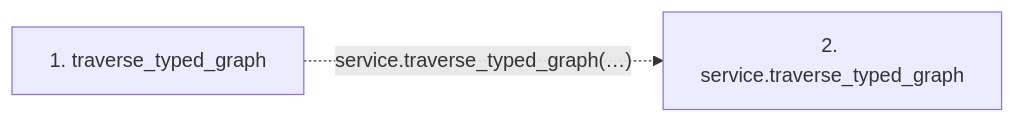
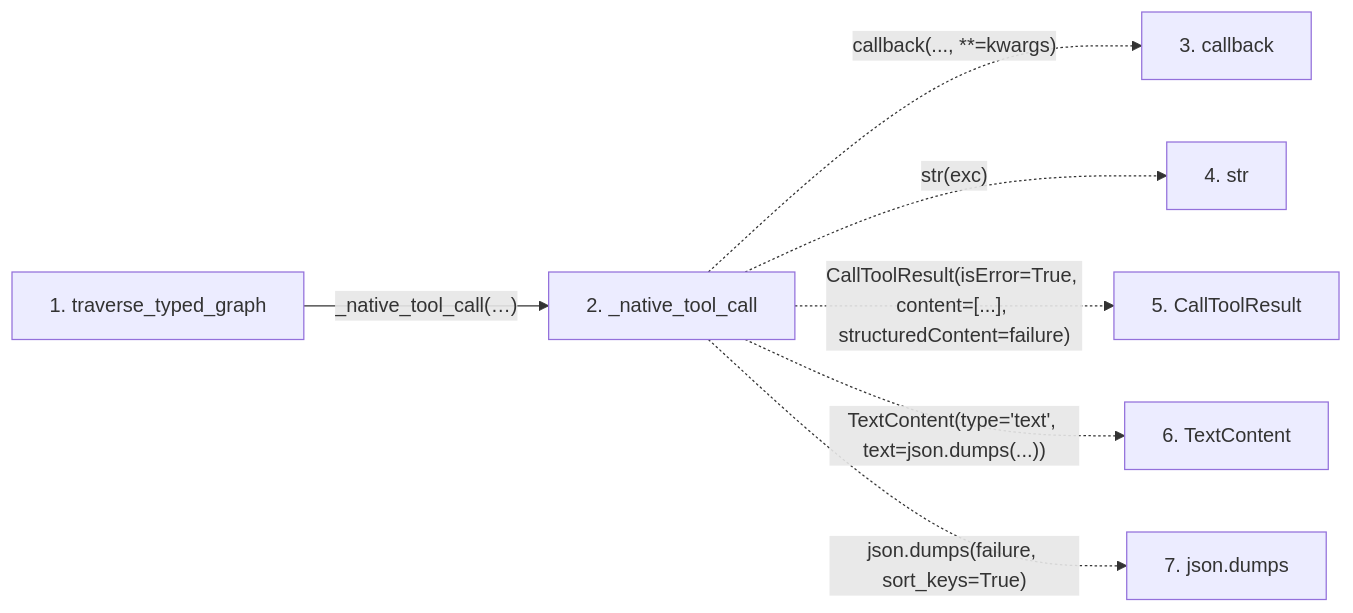
Before and after one commit to Denissvgn/python-wiki-llm: the second of 2 diagrams in docs/llm_wiki/flows/mcp-traverse_typed_graph.md, drawn with Mermaid. The commit also changed other lines of this file and 398 other files, not shown here.

````diff
--- a/docs/llm_wiki/flows/mcp-traverse_typed_graph.md
+++ b/docs/llm_wiki/flows/mcp-traverse_typed_graph.md
@@ -20,7 +30,18 @@
 ```mermaid
 flowchart LR
     s1["1. traverse_typed_graph"]
-    s2["2. service.traverse_typed_graph"]
-    s1 -. "service.traverse_typed_graph(…)" .-> s2
+    s2["2. _native_tool_call"]
+    s3["3. callback"]
+    s4["4. str"]
+    s5["5. CallToolResult"]
+    s6["6. TextContent"]
+    s7["7. json.dumps"]
+    s1 -->|"_native_tool_call(…)"| s2
+    s2 -. "callback(..., **=kwargs)" .-> s3
+    s2 -. "str(exc)" .-> s4
+    s2 -. "CallToolResult(isError=True, content=[...], structuredContent=failure)" .-> s5
+    s2 -. "TextContent(type='text', text=json.dumps(...))" .-> s6
+    s2 -. "json.dumps(failure, sort_keys=True)" .-> s7
     click s1 "../modules/mcp_server.md"
+    click s2 "../modules/mcp_server.md"
 ```
````
